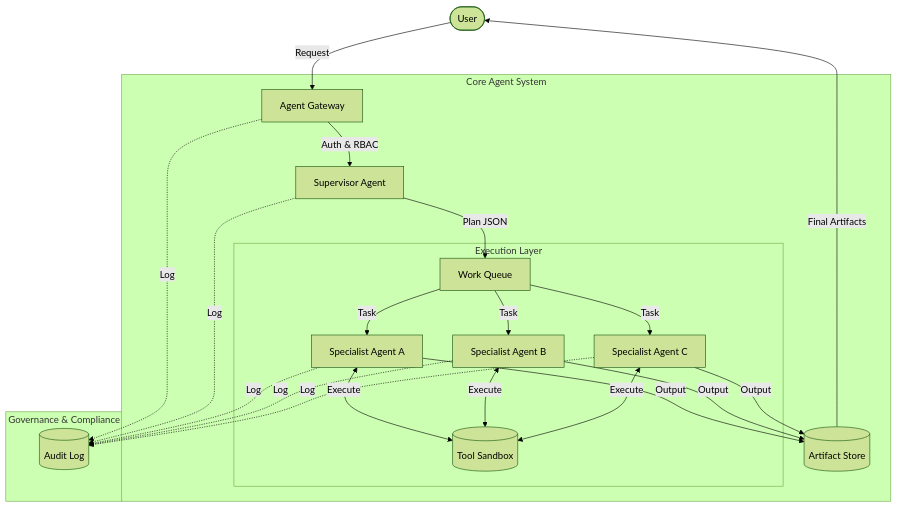
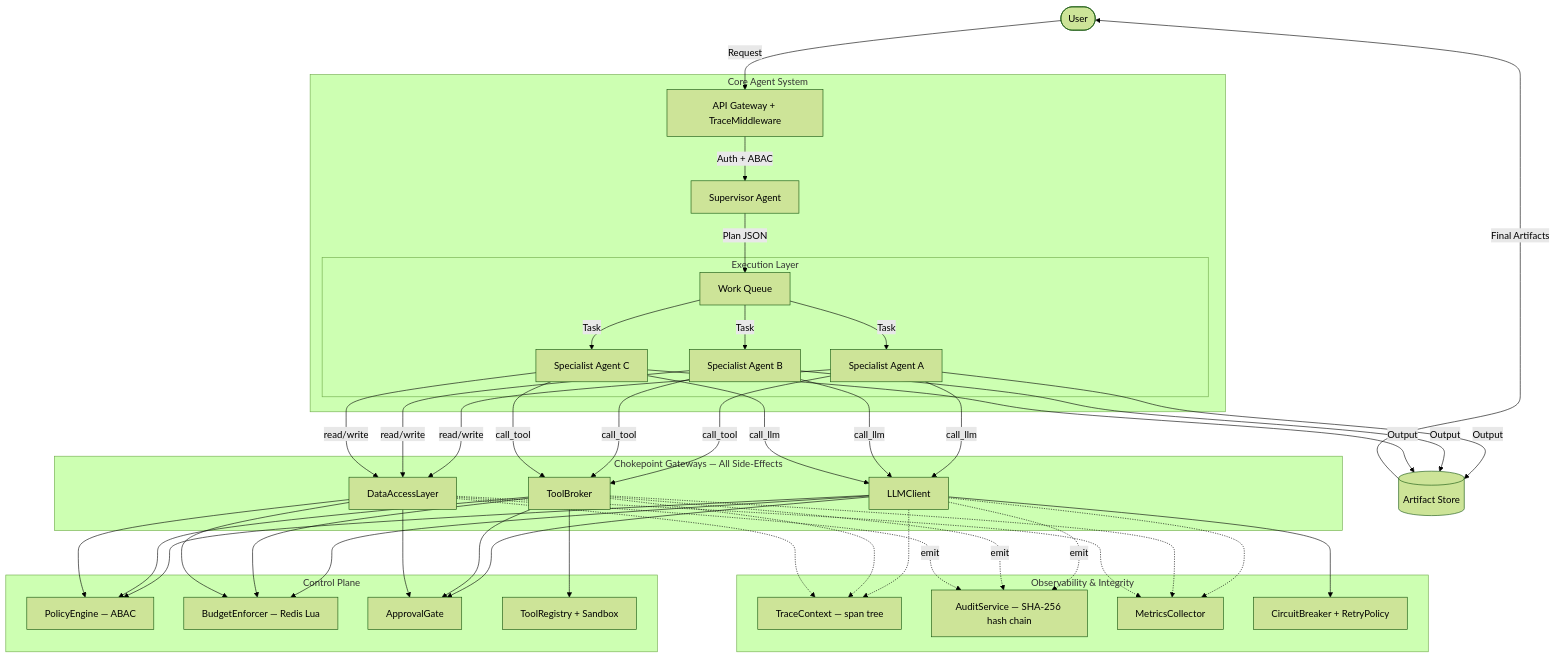
The first of 9 diagrams in AGENT_WORKFLOWS.md (ahmadsarifudin-algo/company_AI), drawn with Mermaid (forest theme) before and after one commit. The commit also changed other lines of this file and 99 other files, not shown here.

First line of the commit message:
feat: user registration with admin-driven invite flow

````diff
--- a/AGENT_WORKFLOWS.md
+++ b/AGENT_WORKFLOWS.md
@@ -7,33 +7,44 @@
 ```mermaid
 graph TD
-    User([User]) -->|Request| Gateway[Agent Gateway]
+    User([User]) -->|Request| Gateway[API Gateway + TraceMiddleware]
     
     subgraph "Core Agent System"
-        Gateway -->|Auth & RBAC| Supervisor[Supervisor Agent]
+        Gateway -->|Auth + ABAC| Supervisor[Supervisor Agent]
         Supervisor -->|Plan JSON| Queue[Work Queue]
         
         subgraph "Execution Layer"
             Queue -->|Task| Agent1[Specialist Agent A]
             Queue -->|Task| Agent2[Specialist Agent B]
             Queue -->|Task| Agent3[Specialist Agent C]
-            
-            Agent1 <-->|Execute| Sandbox[(Tool Sandbox)]
-            Agent2 <-->|Execute| Sandbox
-            Agent3 <-->|Execute| Sandbox
         end
-        
-        Agent1 -->|Output| Store[(Artifact Store)]
-        Agent2 -->|Output| Store
-        Agent3 -->|Output| Store
-    end
-    
-    subgraph "Governance & Compliance"
-        Gateway -.->|Log| Audit[(Audit Log)]
-        Supervisor -.->|Log| Audit
-        Agent1 -.->|Log| Audit
-        Agent2 -.->|Log| Audit
-        Agent3 -.->|Log| Audit
     end
 
+    subgraph "Chokepoint Gateways — All Side-Effects"
+        Agent1 & Agent2 & Agent3 -->|call_llm| LC[LLMClient]
+        Agent1 & Agent2 & Agent3 -->|call_tool| TB[ToolBroker]
+        Agent1 & Agent2 & Agent3 -->|read/write| DAL[DataAccessLayer]
+    end
+
+    subgraph "Control Plane"
+        PE[PolicyEngine — ABAC]
+        BE[BudgetEnforcer — Redis Lua]
+        AG[ApprovalGate]
+        TR[ToolRegistry + Sandbox]
+    end
+
+    subgraph "Observability & Integrity"
+        TC[TraceContext — span tree]
+        AU[AuditService — SHA-256 hash chain]
+        MC[MetricsCollector]
+        CB[CircuitBreaker + RetryPolicy]
+    end
+
+    LC & TB & DAL --> PE & BE & AG
+    LC & TB & DAL -.->|emit| AU
+    LC & TB & DAL -.-> TC & MC
+    LC --> CB
+    TB --> TR
+
+    Agent1 & Agent2 & Agent3 -->|Output| Store[(Artifact Store)]
     Store -->|Final Artifacts| User
 ```
````
